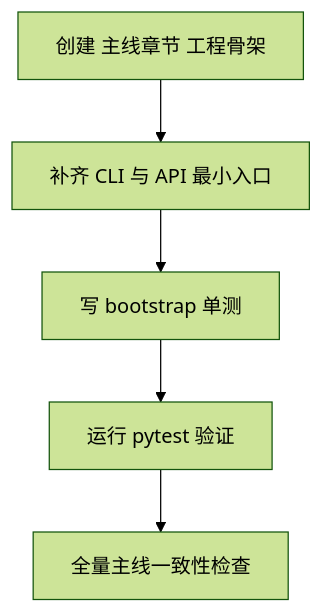
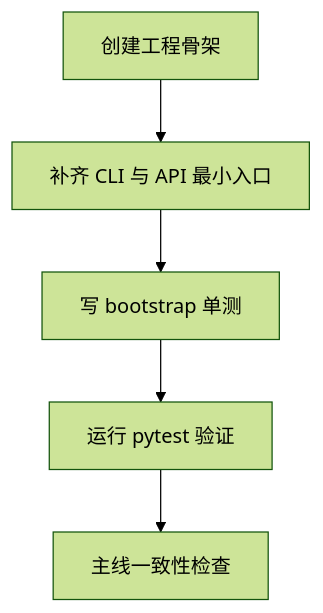
One commit to 869413421/build_agent changed the diagram in docs/tutorials/01-从0到1工业级Agent框架打造-第一章-为什么你总是做不出可上线的Agent.md. Above: the diagram before and after it, drawn with Mermaid (forest theme). The commit also changed other lines of this file and 3 other files, not shown here.

````diff
--- a/docs/tutorials/01-从0到1工业级Agent框架打造-第一章-为什么你总是做不出可上线的Agent.md
+++ b/docs/tutorials/01-从0到1工业级Agent框架打造-第一章-为什么你总是做不出可上线的Agent.md
@@ -42,7 +98,7 @@
 ```mermaid
 flowchart TD
-  A[创建 主线章节 工程骨架] --> B[补齐 CLI 与 API 最小入口]
+  A[创建工程骨架] --> B[补齐 CLI 与 API 最小入口]
   B --> C[写 bootstrap 单测]
   C --> D[运行 pytest 验证]
-  D --> E[全量主线一致性检查]
+  D --> E[主线一致性检查]
 ```
````
